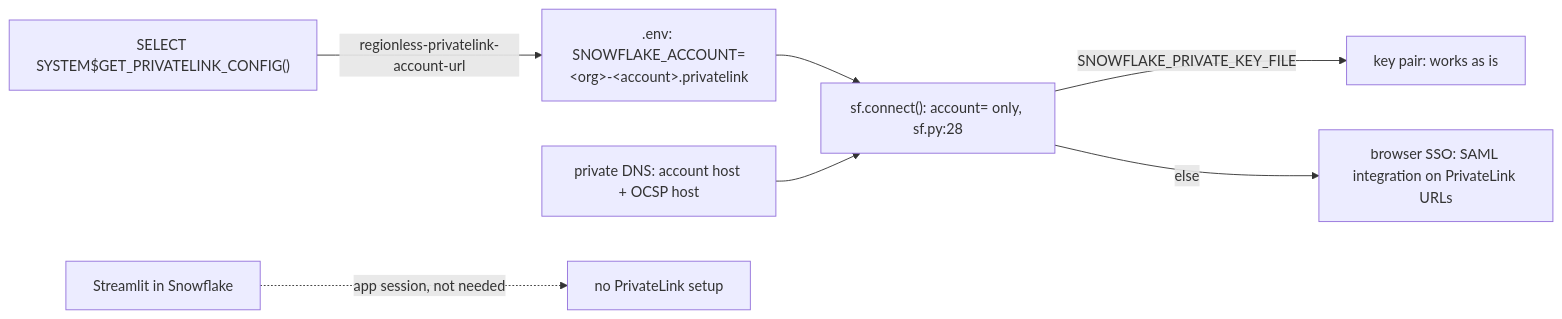
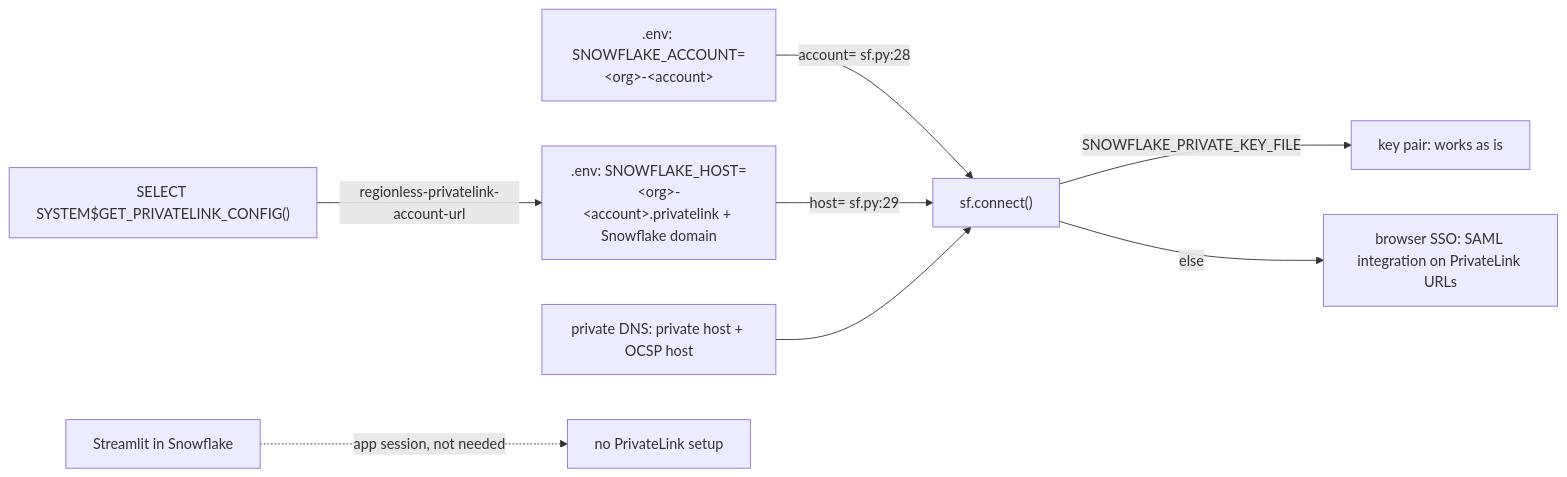
One commit to darshanmeel/snowflake-access-explorer changed the diagram in snowflake-access-explorer-knowledge-graph/processes/privatelink-login.md. Above: the diagram before and after it, drawn with Mermaid. The commit also changed other lines of this file and 35 other files, not shown here.

Commit message:
Docs and knowledge graph: SNOWFLAKE_HOST for PrivateLink, QUERY_TAG and STREAMLIT_APP settings, line refs refreshed

````diff
--- a/snowflake-access-explorer-knowledge-graph/processes/privatelink-login.md
+++ b/snowflake-access-explorer-knowledge-graph/processes/privatelink-login.md
@@ -4,9 +4,10 @@
 ```mermaid
 flowchart LR
-  CFG["SELECT SYSTEM$GET_PRIVATELINK_CONFIG()"] -->|regionless-privatelink-account-url| ENV[".env: SNOWFLAKE_ACCOUNT=&lt;org&gt;-&lt;account&gt;.privatelink"]
-  ENV --> C["sf.connect(): account= only, sf.py:28"]
-  DNS[private DNS: account host + OCSP host] --> C
+  CFG["SELECT SYSTEM$GET_PRIVATELINK_CONFIG()"] -->|regionless-privatelink-account-url| HOST[".env: SNOWFLAKE_HOST=&lt;org&gt;-&lt;account&gt;.privatelink + Snowflake domain"]
+  ACC[".env: SNOWFLAKE_ACCOUNT=&lt;org&gt;-&lt;account&gt;"] -->|account= sf.py:28| C["sf.connect()"]
+  HOST -->|host= sf.py:29| C
+  DNS[private DNS: private host + OCSP host] --> C
   C -->|SNOWFLAKE_PRIVATE_KEY_FILE| KP[key pair: works as is]
   C -->|else| SSO[browser SSO: SAML integration on PrivateLink URLs]
   SIS[Streamlit in Snowflake] -.app session, not needed.-> X[no PrivateLink setup]
 ```
````
